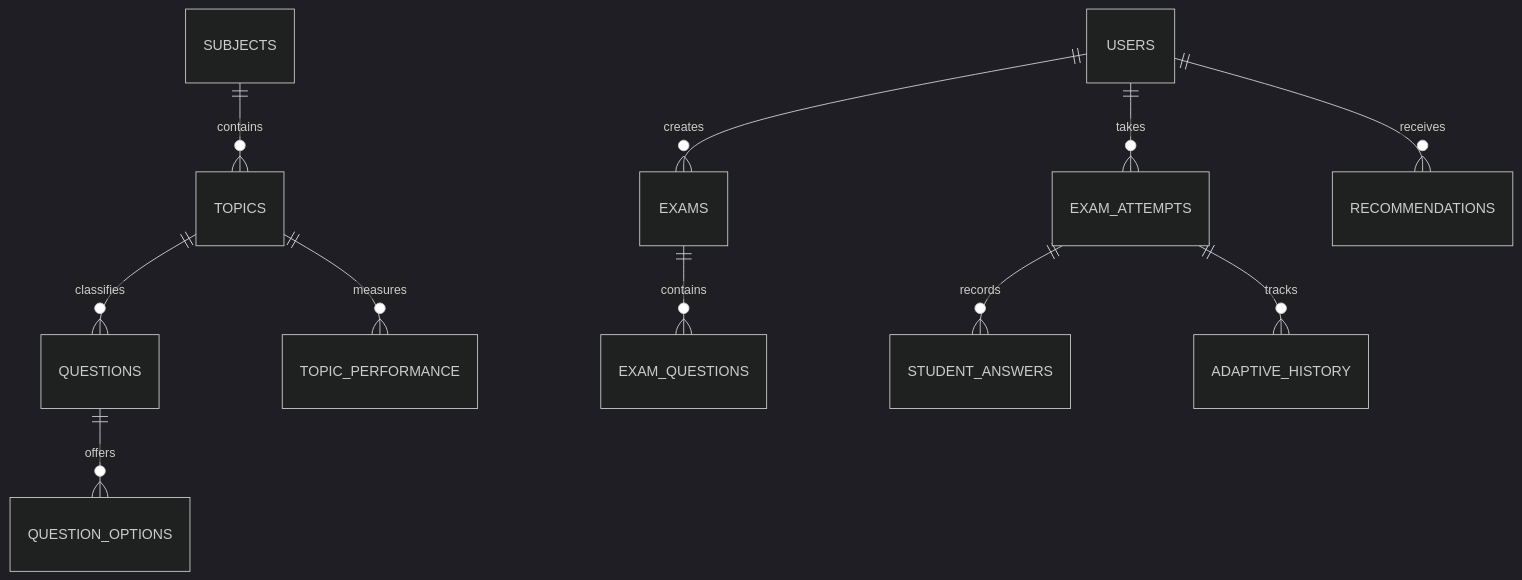
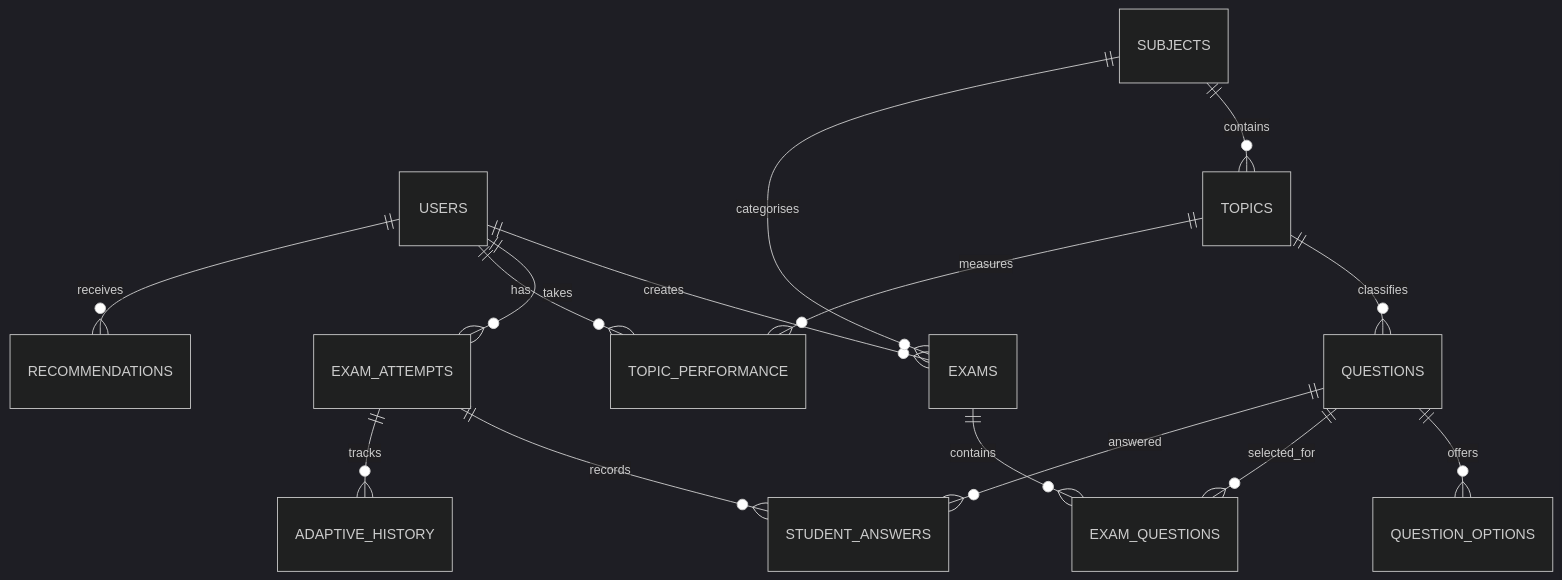
The fifth of 5 diagrams in README.md (ARSHIKA-SINGH/AdaptIQ), drawn with Mermaid (dark theme) before and after one commit. The commit also changed other lines of this file, not shown here.

````diff
--- a/README.md
+++ b/README.md
@@ -74,13 +285,17 @@
 ```mermaid
 erDiagram
-  USERS ||--o{ EXAMS : creates
-  USERS ||--o{ EXAM_ATTEMPTS : takes
-  SUBJECTS ||--o{ TOPICS : contains
-  TOPICS ||--o{ QUESTIONS : classifies
-  QUESTIONS ||--o{ QUESTION_OPTIONS : offers
-  EXAMS ||--o{ EXAM_QUESTIONS : contains
-  EXAM_ATTEMPTS ||--o{ STUDENT_ANSWERS : records
-  EXAM_ATTEMPTS ||--o{ ADAPTIVE_HISTORY : tracks
-  TOPICS ||--o{ TOPIC_PERFORMANCE : measures
-  USERS ||--o{ RECOMMENDATIONS : receives
+    USERS ||--o{ EXAMS : creates
+    USERS ||--o{ EXAM_ATTEMPTS : takes
+    SUBJECTS ||--o{ TOPICS : contains
+    SUBJECTS ||--o{ EXAMS : categorises
+    TOPICS ||--o{ QUESTIONS : classifies
+    QUESTIONS ||--o{ QUESTION_OPTIONS : offers
+    EXAMS ||--o{ EXAM_QUESTIONS : contains
+    QUESTIONS ||--o{ EXAM_QUESTIONS : selected_for
+    EXAM_ATTEMPTS ||--o{ STUDENT_ANSWERS : records
+    QUESTIONS ||--o{ STUDENT_ANSWERS : answered
+    EXAM_ATTEMPTS ||--o{ ADAPTIVE_HISTORY : tracks
+    TOPICS ||--o{ TOPIC_PERFORMANCE : measures
+    USERS ||--o{ TOPIC_PERFORMANCE : has
+    USERS ||--o{ RECOMMENDATIONS : receives
 ```
````
